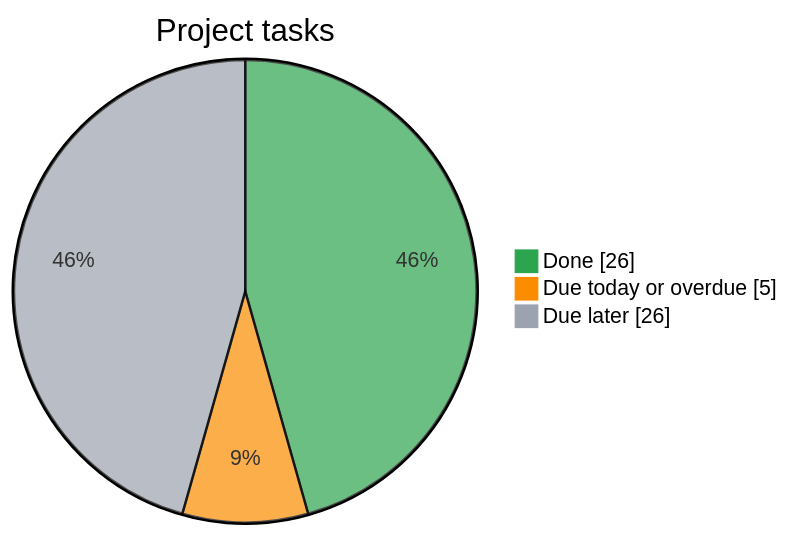
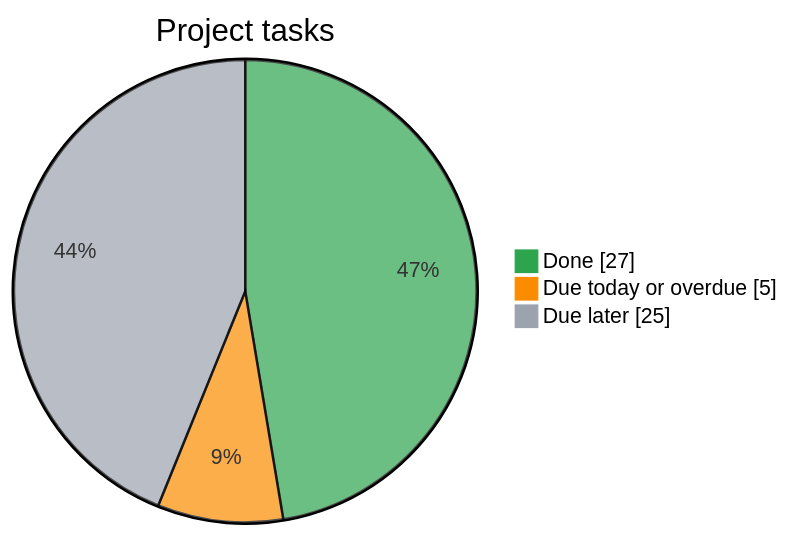
The diagram in README.md (Kr1sKros/IKT466-Corporate-Bankruptcy-Predictor), drawn with Mermaid before and after one commit. The commit also changed other lines of this file, not shown here.

Commit message:
docs: refresh task dashboard

````diff
--- a/README.md
+++ b/README.md
@@ -8,8 +8,8 @@
 ```mermaid
 %%{init: {"themeVariables": {"pie1": "#2da44e", "pie2": "#fb8c00", "pie3": "#9ca3af"}}}%%
 pie showData
     title Project tasks
-    "Done" : 26
+    "Done" : 27
     "Due today or overdue" : 5
-    "Due later" : 26
+    "Due later" : 25
 ```
````
